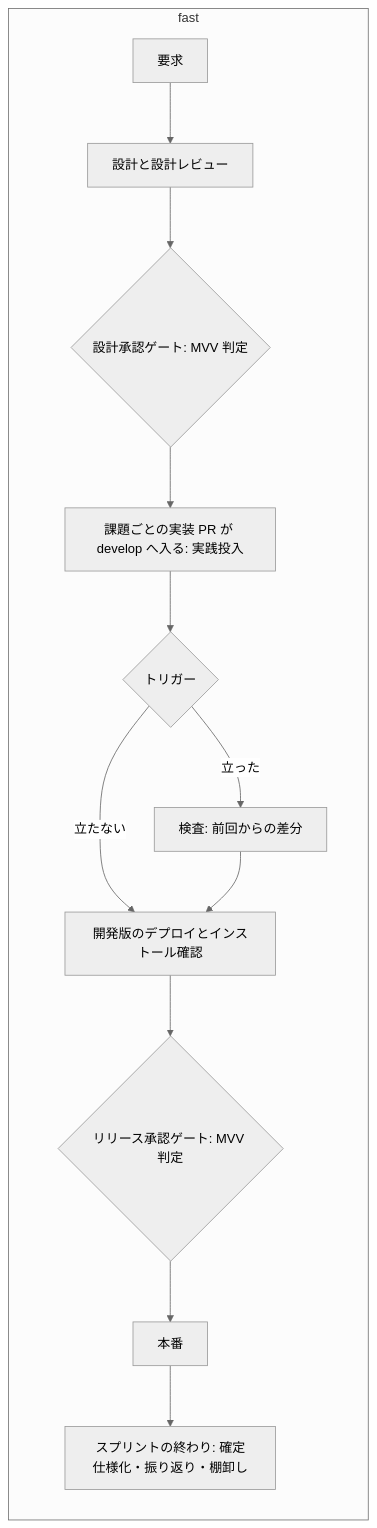
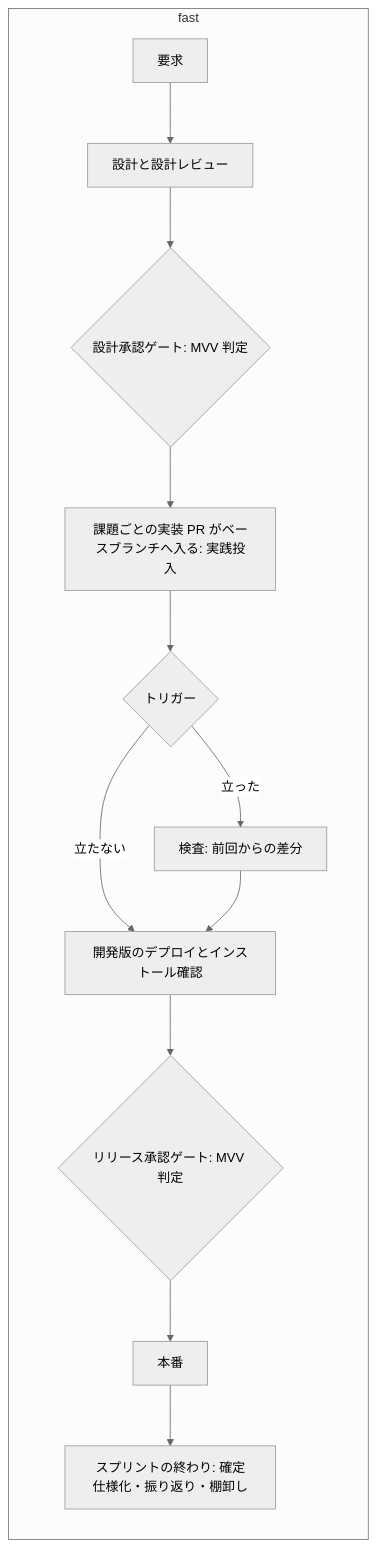
Before and after one commit to devbasex/ai-plugins: the third of 3 diagrams in plugins/ndf/skills/development-workflow/references/pace.md, drawn with Mermaid (neutral theme). The commit also changed other lines of this file and 47 other files, not shown here.

````diff
--- a/plugins/ndf/skills/development-workflow/references/pace.md
+++ b/plugins/ndf/skills/development-workflow/references/pace.md
@@ -49,13 +49,13 @@
 ```mermaid
 graph LR
     subgraph fast
         F1[要求] --> F2[設計と設計レビュー] --> F3{設計承認ゲート: MVV 判定}
-        F3 --> F4[課題ごとの実装 PR が develop へ入る: 実践投入]
+        F3 --> F4[課題ごとの実装 PR がベースブランチへ入る: 実践投入]
         F4 --> F5{トリガー}
         F5 -->|立った| F6[検査: 前回からの差分]
         F5 -->|立たない| F7[開発版のデプロイとインストール確認]
         F6 --> F7
         F7 --> F8{リリース承認ゲート: MVV 判定} --> F9[本番]
         F9 --> F10[スプリントの終わり: 確定仕様化・振り返り・棚卸し]
     end
 ```
````
